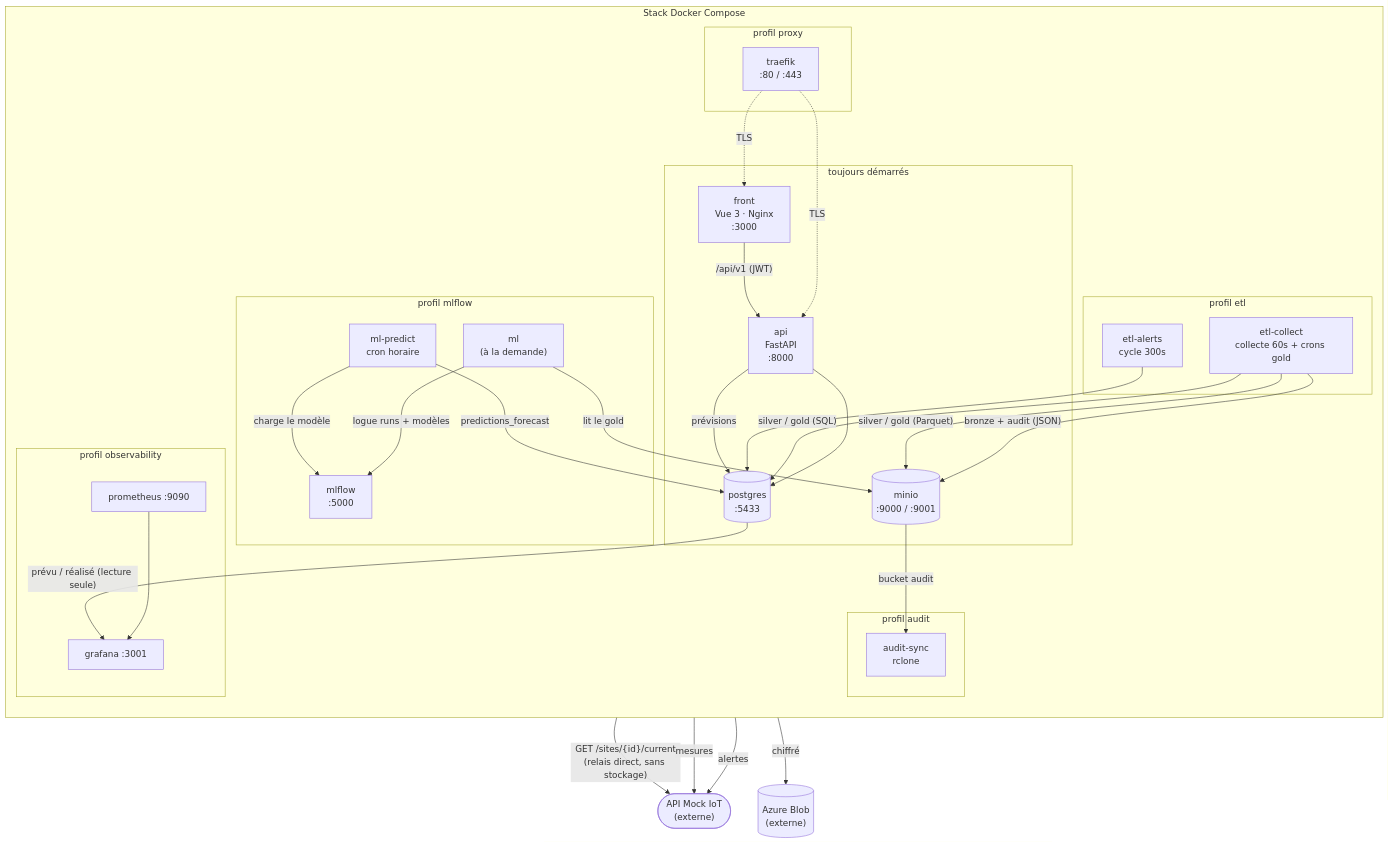
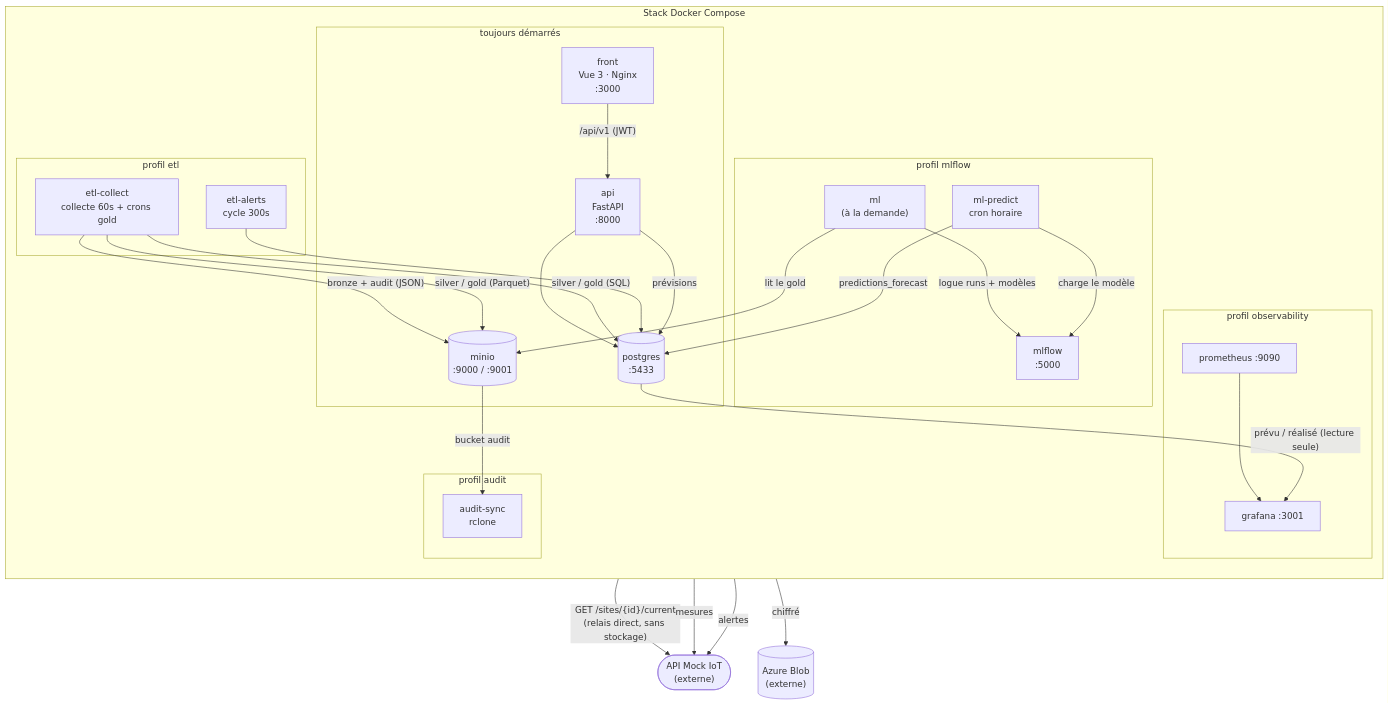
The first of 3 diagrams in README.md (EnerVisionENI/enervision), drawn with Mermaid before and after one commit. The commit also changed other lines of this file and 10 other files, not shown here.

````diff
--- a/README.md
+++ b/README.md
@@ -65,66 +64,60 @@
 ```mermaid
 flowchart TB
     iot(["API Mock IoT<br/>(externe)"])
 
     subgraph stack["Stack Docker Compose"]
         direction TB
 
         subgraph always["toujours démarrés"]
             front["front<br/>Vue 3 · Nginx<br/>:3000"]
             api["api<br/>FastAPI<br/>:8000"]
             postgres[("postgres<br/>:5433")]
             minio[("minio<br/>:9000 / :9001")]
         end
 
         subgraph pETL["profil etl"]
             collect["etl-collect<br/>collecte 60s + crons gold"]
             alerts["etl-alerts<br/>cycle 300s"]
         end
 
         subgraph pML["profil mlflow"]
             mlflow["mlflow<br/>:5000"]
             mltrain["ml<br/>(à la demande)"]
             mlpredict["ml-predict<br/>cron horaire"]
         end
 
         subgraph pObs["profil observability"]
             grafana["grafana :3001"]
             prom["prometheus :9090"]
         end
 
         subgraph pAudit["profil audit"]
             auditsync["audit-sync<br/>rclone"]
         end
-
-        subgraph pProxy["profil proxy"]
-            traefik["traefik<br/>:80 / :443"]
-        end
     end
 
     azure[("Azure Blob<br/>(externe)")]
 
-    traefik -.->|TLS| front
-    traefik -.->|TLS| api
     front -->|"/api/v1 (JWT)"| api
     api --> postgres
     api -->|"GET /sites/{id}/current<br/>(relais direct, sans stockage)"| iot
 
     collect -->|mesures| iot
     alerts -->|alertes| iot
 
     collect -->|"bronze + audit (JSON)"| minio
     collect -->|"silver / gold (Parquet)"| minio
     collect -->|"silver / gold (SQL)"| postgres
     alerts --> postgres
 
     mltrain -->|"lit le gold"| minio
     mltrain -->|"logue runs + modèles"| mlflow
     mlpredict -->|"charge le modèle"| mlflow
     mlpredict -->|"predictions_forecast"| postgres
     api -->|"prévisions"| postgres
 
     prom --> grafana
     postgres -->|"prévu / réalisé (lecture seule)"| grafana
     minio -->|bucket audit| auditsync
     auditsync -->|chiffré| azure
 ```
````
